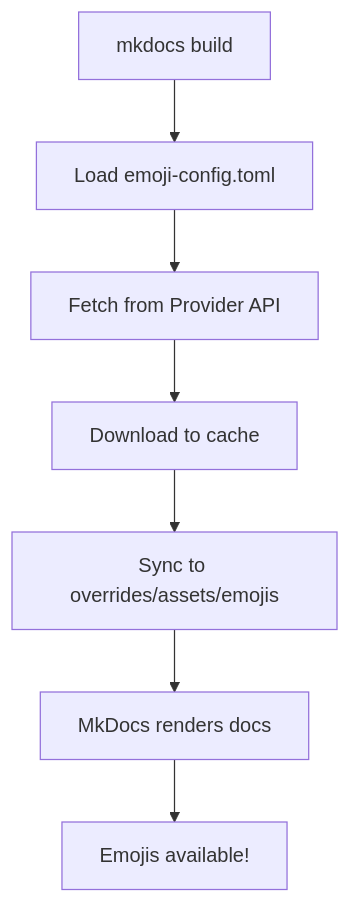
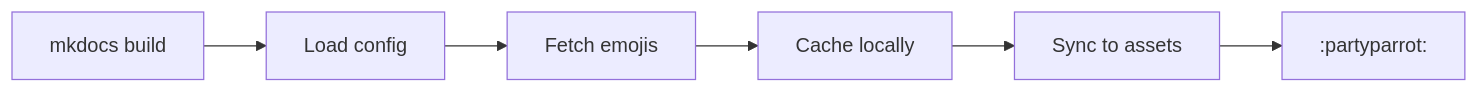
Before and after one commit to julie-dujardin/mkdocs-external-custom-emojis: the diagram in docs/index.md, drawn with Mermaid. The commit also changed other lines of this file, not shown here.

````diff
--- a/docs/index.md
+++ b/docs/index.md
@@ -72,9 +82,8 @@
 ```mermaid
-graph TD
-    A[mkdocs build] --> B["Load emoji-config.toml"]
-    B --> C[Fetch from Provider API]
-    C --> D[Download to cache]
-    D --> E["Sync to overrides/assets/emojis"]
-    E --> F[MkDocs renders docs]
-    F --> G["Emojis available!"]
+graph LR
+    A[mkdocs build] --> B[Load config]
+    B --> C[Fetch emojis]
+    C --> D[Cache locally]
+    D --> E[Sync to assets]
+    E --> F[":partyparrot:"]
 ```
````
